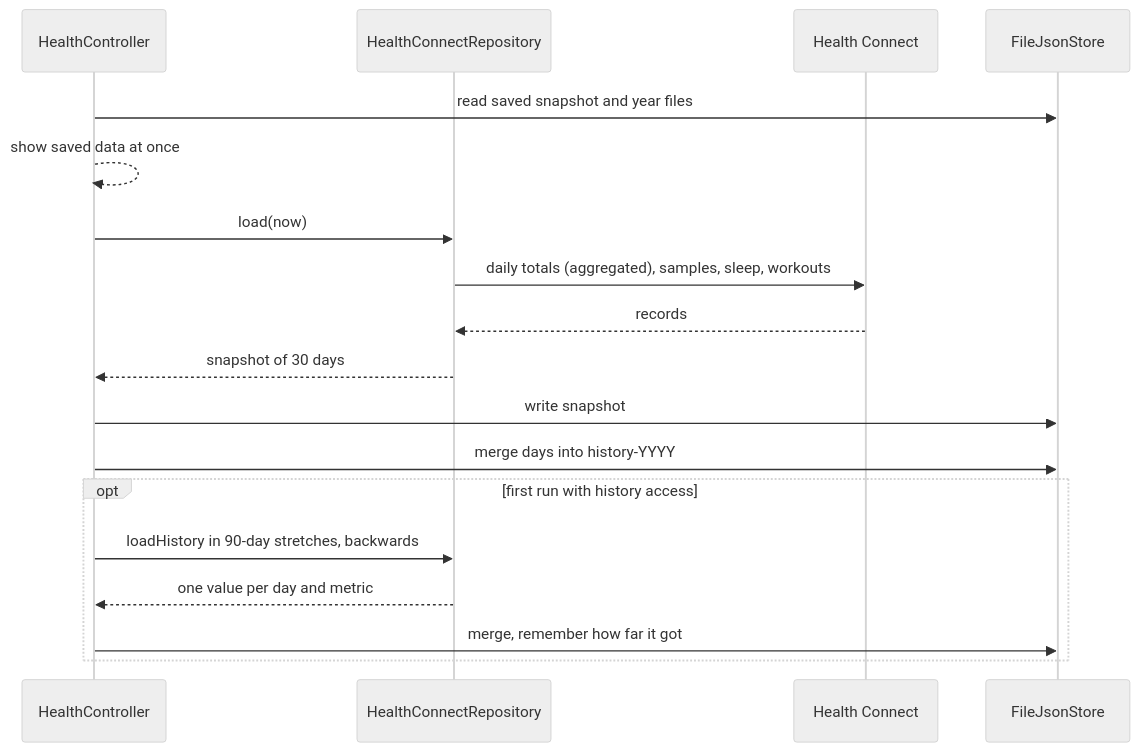
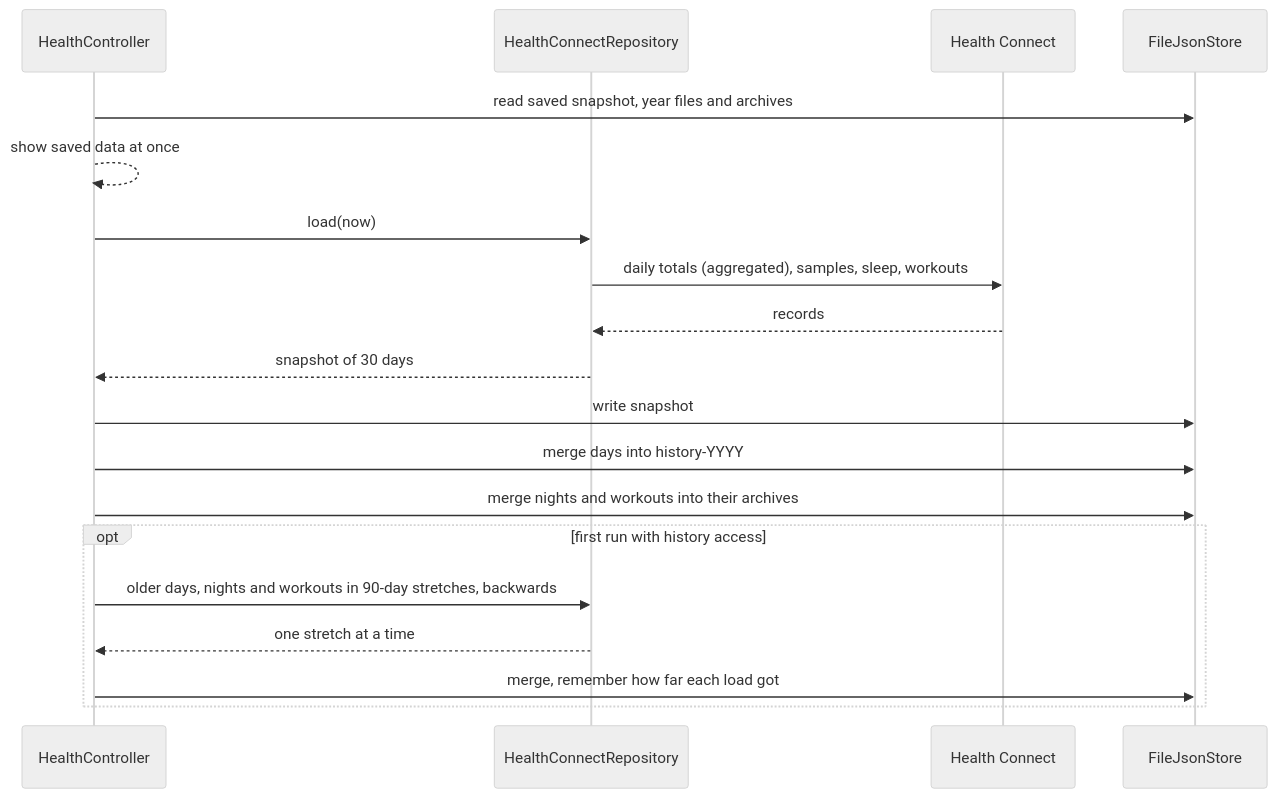
The second of 2 diagrams in README.md (tomsliikee/pulse), drawn with Mermaid (neutral theme) before and after one commit. The commit also changed other lines of this file and 3 other files, not shown here.

````diff
--- a/README.md
+++ b/README.md
@@ -81,21 +101,22 @@
 ```mermaid
 sequenceDiagram
     participant App as HealthController
     participant Repo as HealthConnectRepository
     participant HC as Health Connect
     participant Disk as FileJsonStore
 
-    App->>Disk: read saved snapshot and year files
+    App->>Disk: read saved snapshot, year files and archives
     App-->>App: show saved data at once
     App->>Repo: load(now)
     Repo->>HC: daily totals (aggregated), samples, sleep, workouts
     HC-->>Repo: records
     Repo-->>App: snapshot of 30 days
     App->>Disk: write snapshot
     App->>Disk: merge days into history-YYYY
+    App->>Disk: merge nights and workouts into their archives
     opt first run with history access
-        App->>Repo: loadHistory in 90-day stretches, backwards
-        Repo-->>App: one value per day and metric
-        App->>Disk: merge, remember how far it got
+        App->>Repo: older days, nights and workouts in 90-day stretches, backwards
+        Repo-->>App: one stretch at a time
+        App->>Disk: merge, remember how far each load got
     end
 ```
````
